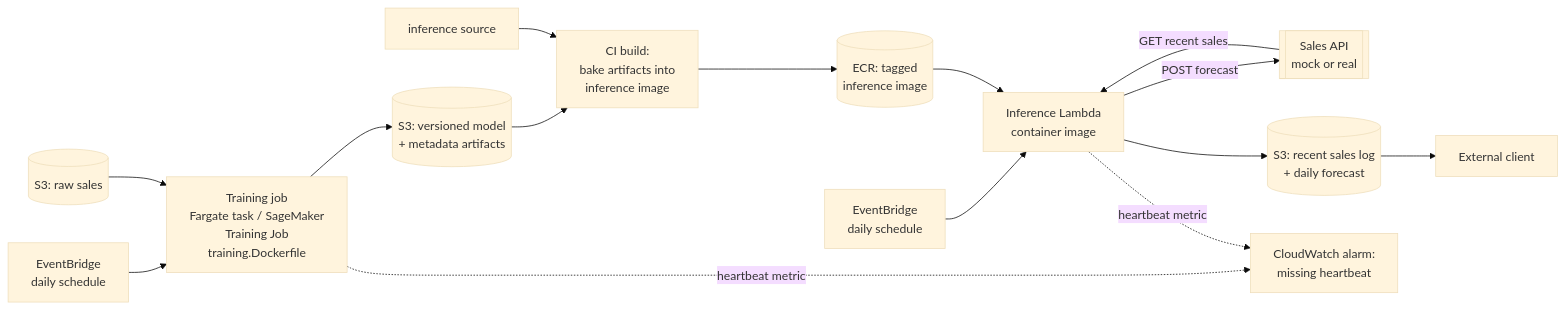
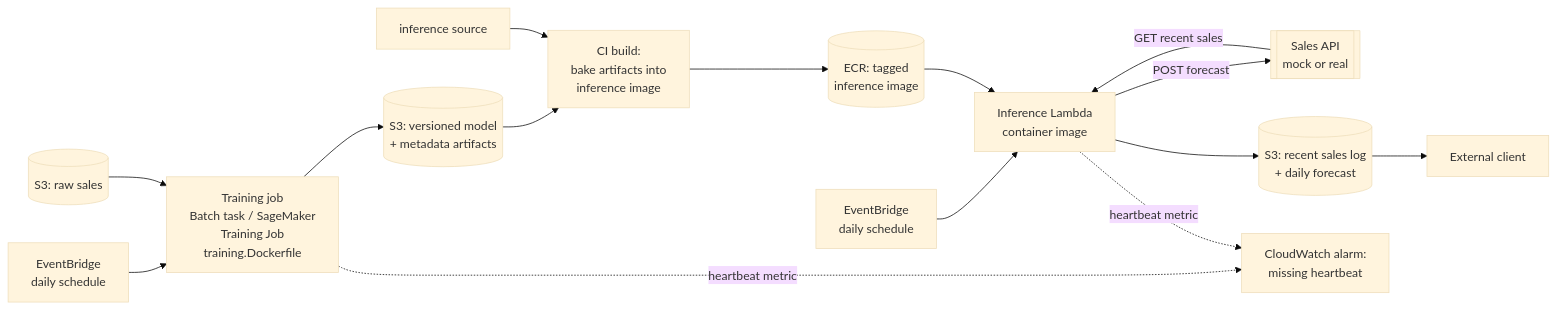
Before and after one commit to majalcmaj/ml-example-deployment: the diagram in docs/deployment.md, drawn with Mermaid (base theme). The commit also changed other lines of this file, not shown here.

````diff
--- a/docs/deployment.md
+++ b/docs/deployment.md
@@ -9,17 +9,17 @@
 ```mermaid
 flowchart LR
-    EB1[EventBridge<br/>daily schedule] --> TRAIN[Training job<br/>Fargate task / SageMaker<br/>Training Job<br/>training.Dockerfile]
+    EB1[EventBridge<br/>daily schedule] --> TRAIN[Training job<br/>Batch task / SageMaker<br/>Training Job<br/>training.Dockerfile]
     S3RAW[(S3: raw sales)] --> TRAIN
     TRAIN --> S3ART[(S3: versioned model<br/>+ metadata artifacts)]
     S3ART --> CI[CI build:<br/>bake artifacts into<br/>inference image]
     CODE[inference source] --> CI
     CI --> ECR[(ECR: tagged<br/>inference image)]
     EB2[EventBridge<br/>daily schedule] --> INF[Inference Lambda<br/>container image]
     ECR --> INF
     SALESAPI[[Sales API<br/>mock or real]] -->|GET recent sales| INF
     INF -->|POST forecast| SALESAPI
     INF --> S3PRED[(S3: recent sales log<br/>+ daily forecast)]
     S3PRED --> CLIENT[External client]
     TRAIN -.heartbeat metric.-> CW[CloudWatch alarm:<br/>missing heartbeat]
     INF -.heartbeat metric.-> CW
 ```
````
